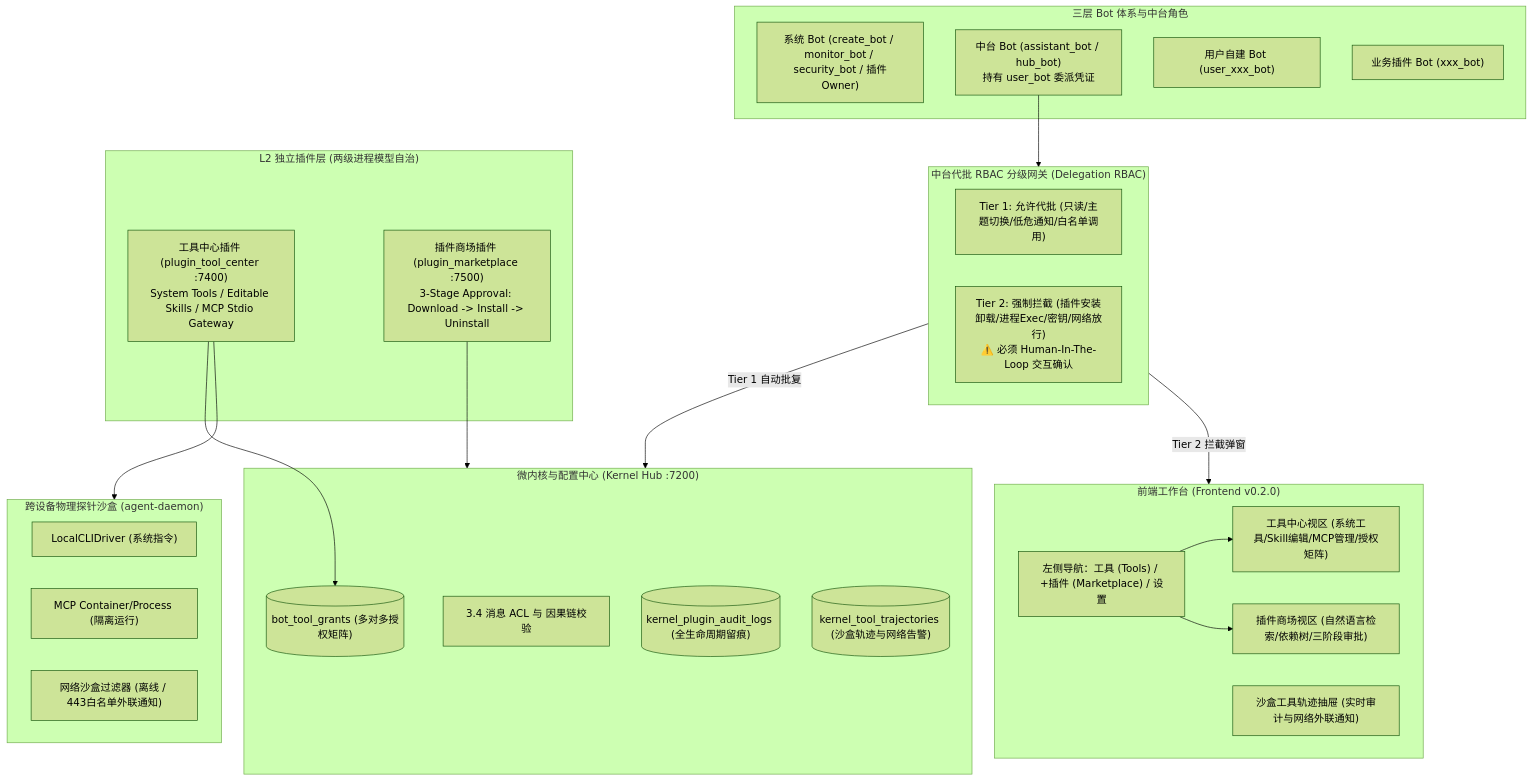
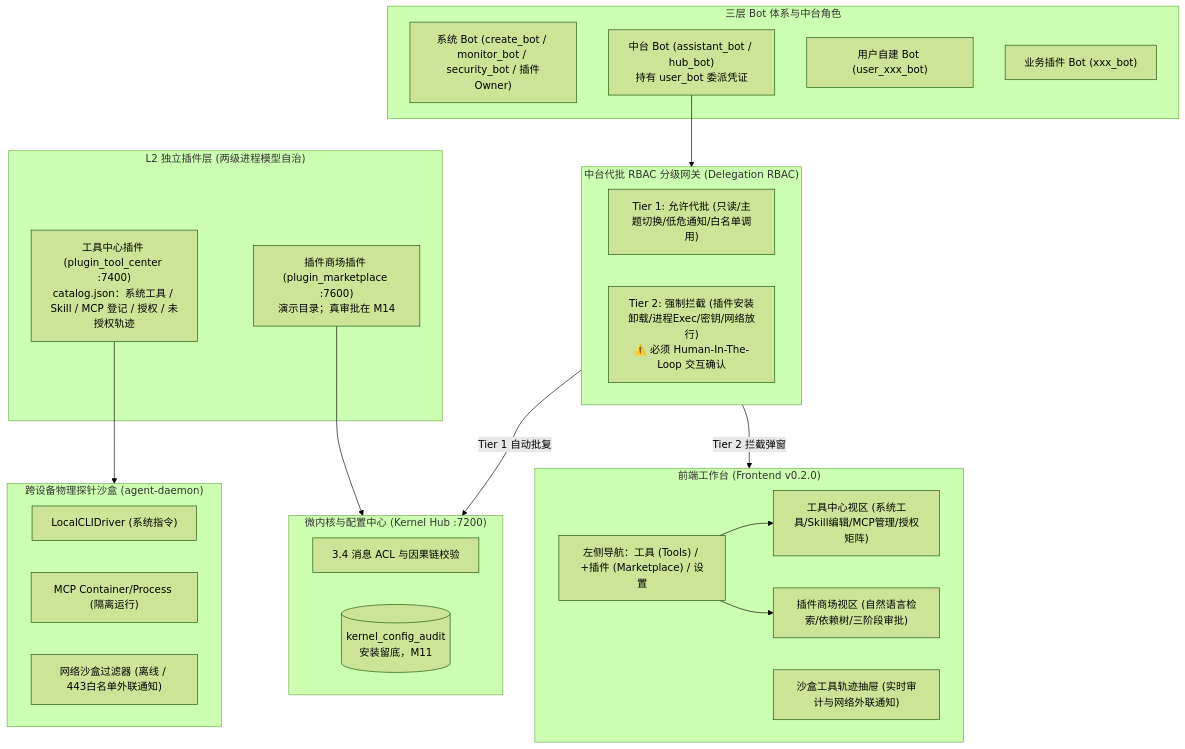
One commit to 888xiyan/NexusCore changed the diagram in doc/milestones/M10-工具中心与代批.md. Above: the diagram before and after it, drawn with Mermaid (forest theme). The commit also changed other lines of this file and 50 other files, not shown here.

````diff
--- a/doc/milestones/M10-工具中心与代批.md
+++ b/doc/milestones/M10-工具中心与代批.md
@@ -24,48 +25,45 @@
 ```mermaid
 flowchart TD
     subgraph UI_Layer["前端工作台 (Frontend v0.2.0)"]
         NAV["左侧导航：工具 (Tools) / +插件 (Marketplace) / 设置"]
         TOOL_UI["工具中心视区 (系统工具/Skill编辑/MCP管理/授权矩阵)"]
         MARKET_UI["插件商场视区 (自然语言检索/依赖树/三阶段审批)"]
         TRAJ_DRAWER["沙盒工具轨迹抽屉 (实时审计与网络外联通知)"]
     end
 
     subgraph Bot_Hierarchy["三层 Bot 体系与中台角色"]
         SYS_BOTS["系统 Bot (create_bot / monitor_bot / security_bot / 插件Owner)"]
         HUB_BOT["中台 Bot (assistant_bot / hub_bot)<br/>持有 user_bot 委派凭证"]
         USER_BOTS["用户自建 Bot (user_xxx_bot)"]
         PLUGIN_BOTS["业务插件 Bot (xxx_bot)"]
     end
 
     subgraph Governance_Gate["中台代批 RBAC 分级网关 (Delegation RBAC)"]
         TIER1["Tier 1: 允许代批 (只读/主题切换/低危通知/白名单调用)"]
         TIER2["Tier 2: 强制拦截 (插件安装卸载/进程Exec/密钥/网络放行)<br/>⚠️ 必须 Human-In-The-Loop 交互确认"]
     end
 
     subgraph Plugin_Layer["L2 独立插件层 (两级进程模型自治)"]
-        TC["工具中心插件 (plugin_tool_center :7400)<br/>System Tools / Editable Skills / MCP Stdio Gateway"]
-        MP["插件商场插件 (plugin_marketplace :7500)<br/>3-Stage Approval: Download -> Install -> Uninstall"]
+        TC["工具中心插件 (plugin_tool_center :7400)<br/>catalog.json：系统工具 / Skill / MCP 登记 / 授权 / 未授权轨迹"]
+        MP["插件商场插件 (plugin_marketplace :7600)<br/>演示目录；真审批在 M14"]
     end
 
     subgraph Kernel_Config["微内核与配置中心 (Kernel Hub :7200)"]
-        ACL["3.4 消息 ACL 与 因果链校验"]
-        GRANTS[("bot_tool_grants (多对多授权矩阵)")]
-        AUDIT[("kernel_plugin_audit_logs (全生命周期留痕)")]
-        TRAJ[("kernel_tool_trajectories (沙盒轨迹与网络告警)")]
+        ACL["3.4 消息 ACL 与因果链校验"]
+        AUDIT[("kernel_config_audit<br/>安装留底，M11")]
     end
 
     subgraph Sandbox_Probe["跨设备物理探针沙盒 (agent-daemon)"]
         DRV["LocalCLIDriver (系统指令)"]
         MCP_RUN["MCP Container/Process (隔离运行)"]
         NET_FILTER["网络沙盒过滤器 (离线 / 443白名单外联通知)"]
     end
 
     NAV --> TOOL_UI
     NAV --> MARKET_UI
     HUB_BOT --> Governance_Gate
     Governance_Gate -->|Tier 1 自动批复| Kernel_Config
     Governance_Gate -->|Tier 2 拦截弹窗| UI_Layer
-    TC --> GRANTS
     TC --> Sandbox_Probe
     MP --> Kernel_Config
 ```
````
